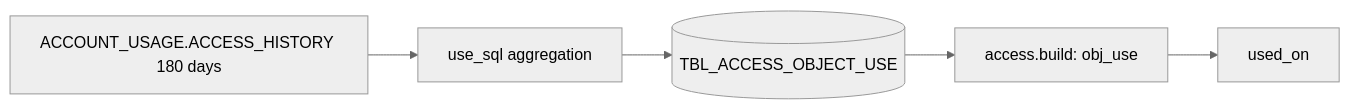
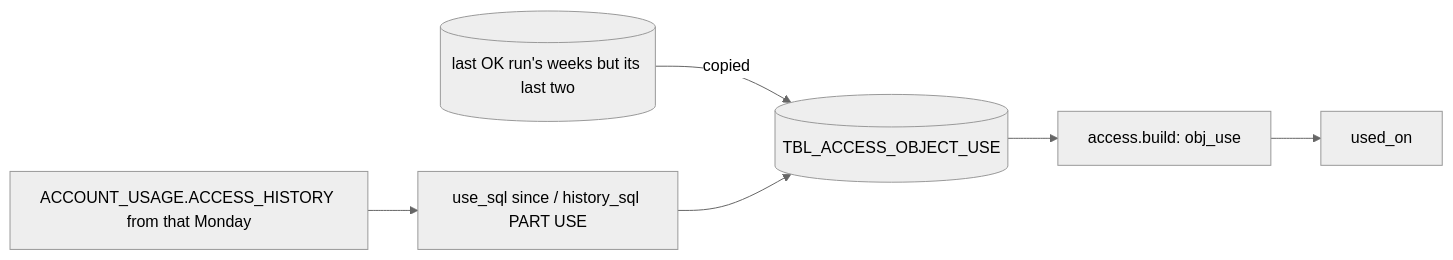
One commit to darshanmeel/snowflake-access-explorer changed the diagram in snowflake-access-explorer-knowledge-graph/data/TBL_ACCESS_OBJECT_USE.md. Above: the diagram before and after it, drawn with Mermaid (neutral theme). The commit also changed other lines of this file and 79 other files, not shown here.

Commit message:
Knowledge graph: STATEMENT_TIMEOUT, WORKERS, ACTIVITY, HIERARCHY, progress lines, shared ACCESS_HISTORY read, procedure batching; node lines re-synced

````diff
--- a/snowflake-access-explorer-knowledge-graph/data/TBL_ACCESS_OBJECT_USE.md
+++ b/snowflake-access-explorer-knowledge-graph/data/TBL_ACCESS_OBJECT_USE.md
@@ -4,5 +4,6 @@
 ```mermaid
 flowchart LR
-  A[ACCOUNT_USAGE.ACCESS_HISTORY 180 days] --> Q[use_sql aggregation] --> T[(TBL_ACCESS_OBJECT_USE)]
+  P[(last OK run's weeks but its last two)] -->|copied| T
+  A[ACCOUNT_USAGE.ACCESS_HISTORY from that Monday] --> Q[use_sql since / history_sql PART USE] --> T[(TBL_ACCESS_OBJECT_USE)]
   T --> O[access.build: obj_use] --> U[used_on]
 ```
````
